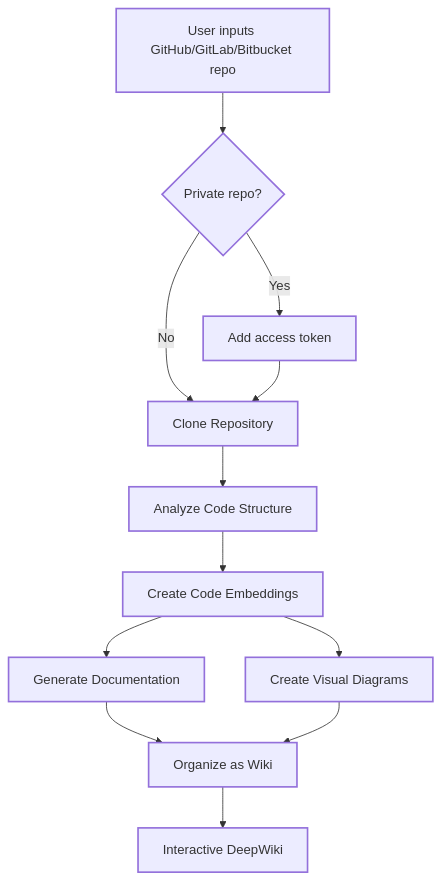
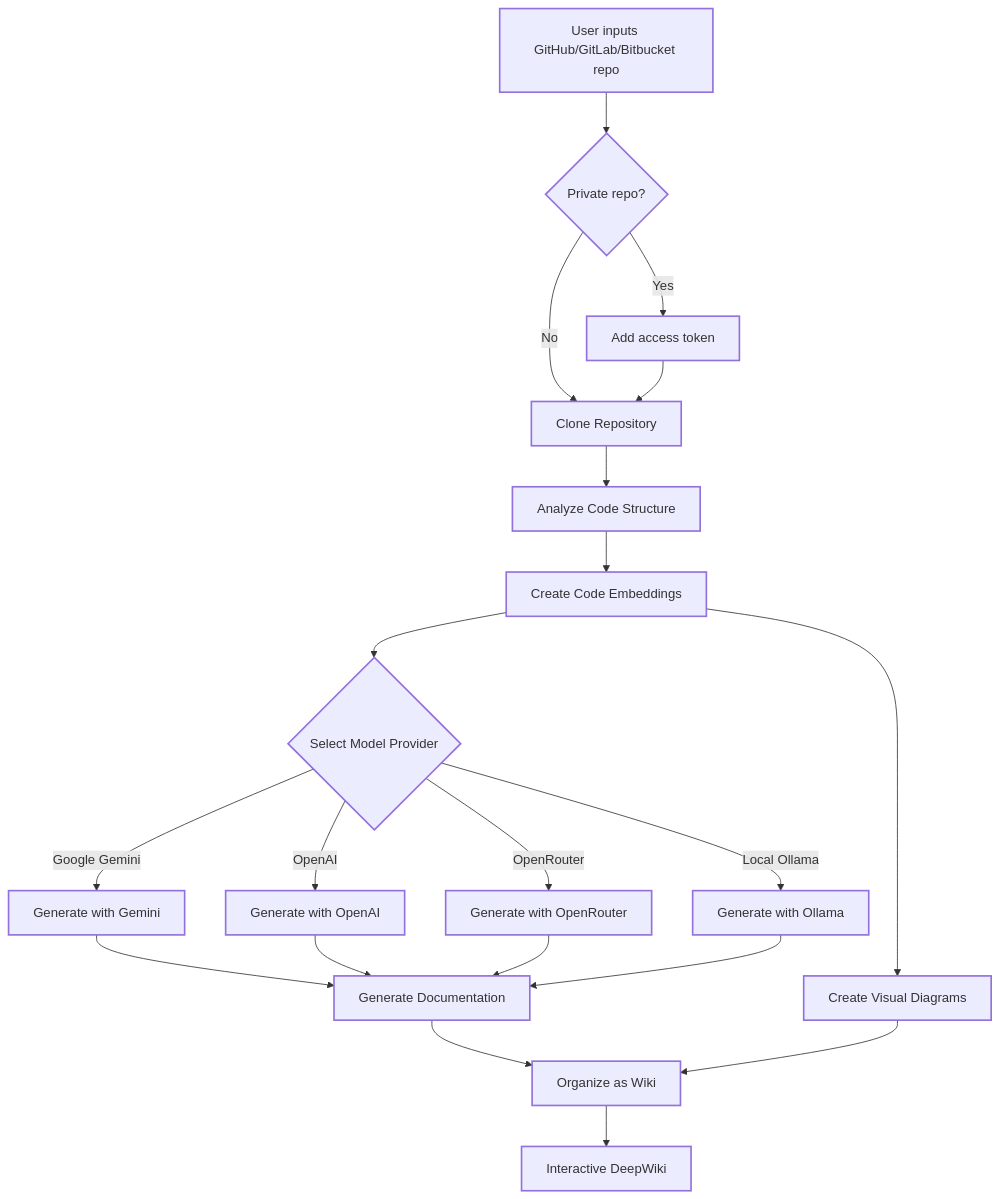
The diagram in README.md (zhlhaohao/deepwiki-open), drawn with Mermaid before and after one commit. The commit also changed other lines of this file and 7 other files, not shown here.

Commit message:
Feat: OpenRouter Support V1.

````diff
--- a/README.md
+++ b/README.md
@@ -102,24 +107,35 @@
 ```mermaid
 graph TD
     A[User inputs GitHub/GitLab/Bitbucket repo] --> AA{Private repo?}
     AA -->|Yes| AB[Add access token]
     AA -->|No| B[Clone Repository]
     AB --> B
     B --> C[Analyze Code Structure]
     C --> D[Create Code Embeddings]
-    D --> E[Generate Documentation]
+
+    D --> M{Select Model Provider}
+    M -->|Google Gemini| E1[Generate with Gemini]
+    M -->|OpenAI| E2[Generate with OpenAI]
+    M -->|OpenRouter| E3[Generate with OpenRouter]
+    M -->|Local Ollama| E4[Generate with Ollama]
+
+    E1 --> E[Generate Documentation]
+    E2 --> E
+    E3 --> E
+    E4 --> E
+
     D --> F[Create Visual Diagrams]
     E --> G[Organize as Wiki]
     F --> G
     G --> H[Interactive DeepWiki]
 
     classDef process stroke-width:2px;
     classDef data stroke-width:2px;
     classDef result stroke-width:2px;
     classDef decision stroke-width:2px;
 
     class A,D data;
-    class AA decision;
-    class B,C,E,F,G,AB process;
+    class AA,M decision;
+    class B,C,E,F,G,AB,E1,E2,E3,E4 process;
     class H result;
 ```
````
